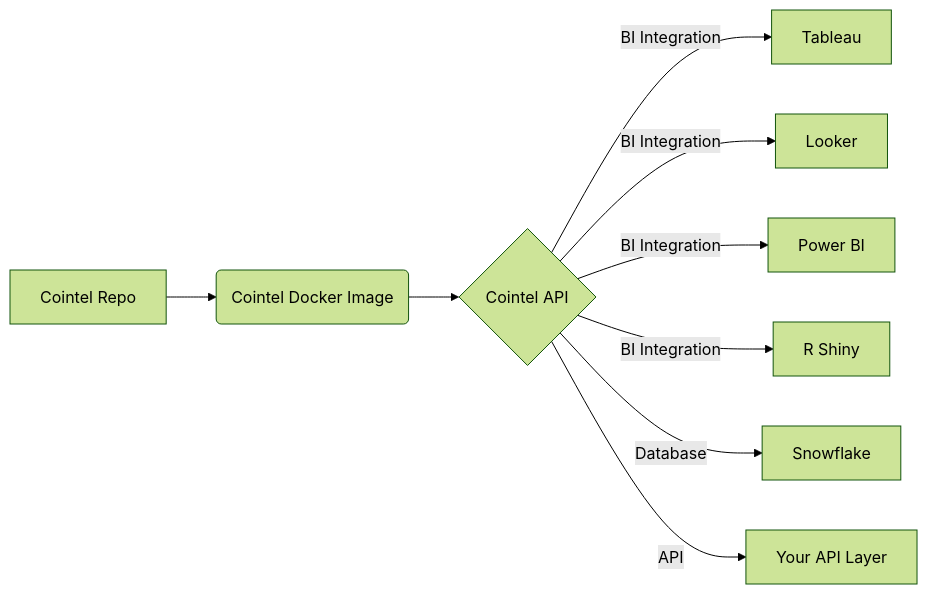
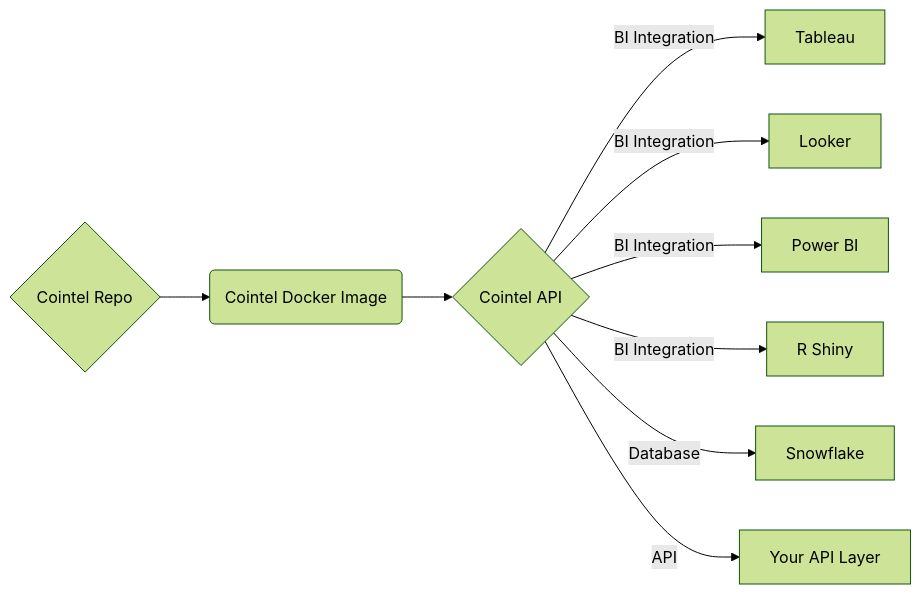
The diagram in README.md (cointelfinance/cointelfinance), drawn with Mermaid (forest theme) before and after one commit.

````diff
--- a/README.md
+++ b/README.md
@@ -2,11 +2,11 @@
 ```mermaid
 flowchart LR
-A[Cointel Repo] --> B(Cointel Docker Image)
+A{Cointel Repo} --> B(Cointel Docker Image)
 B --> C{Cointel API}
 C -->|BI Integration| D[Tableau]
 C -->|BI Integration| E[Looker]
 C -->|BI Integration| F[Power BI]
 C -->|BI Integration| G[R Shiny]
 C -->|Database| H[Snowflake]
 C -->|API| I[Your API Layer]
 ```
````
